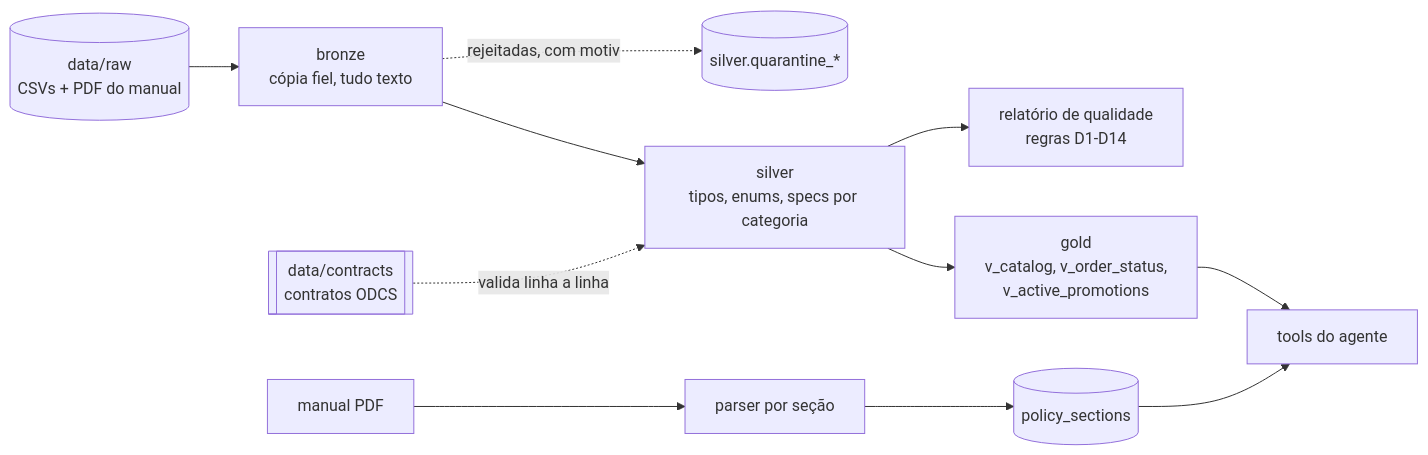
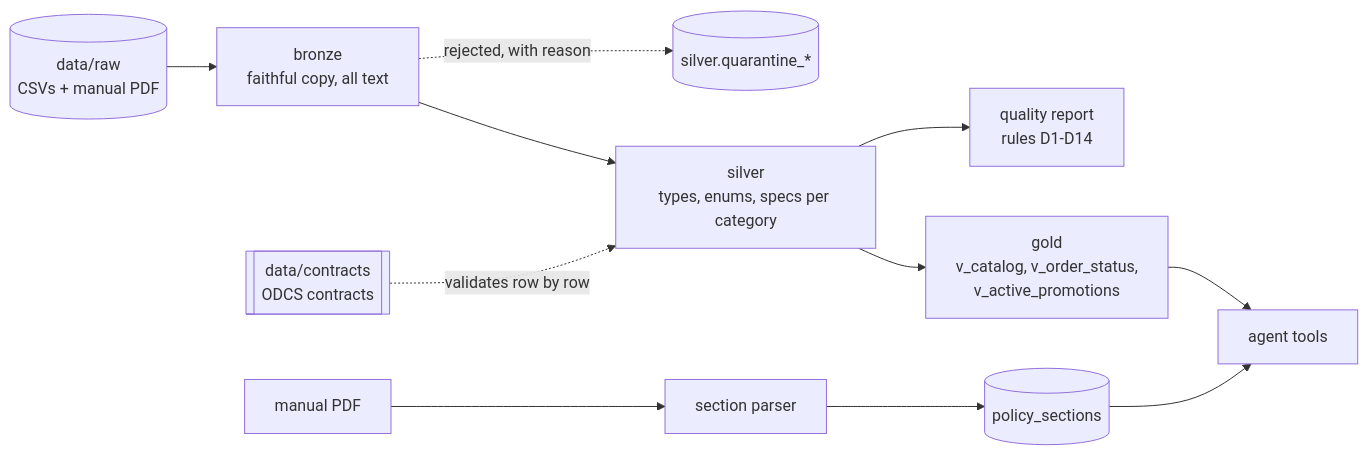
Before and after one commit to SamuelMauli/music-store-agent: the third of 3 diagrams in README.md, drawn with Mermaid. The commit also changed other lines of this file, not shown here.

````diff
--- a/README.md
+++ b/README.md
@@ -219,12 +221,12 @@
 ```mermaid
 flowchart LR
-    RAW[(data/raw<br/>CSVs + PDF do manual)] --> B[bronze<br/>cópia fiel, tudo texto]
-    B --> S[silver<br/>tipos, enums, specs por categoria]
-    B -.rejeitadas, com motivo.-> Q[(silver.quarantine_*)]
-    C[[data/contracts<br/>contratos ODCS]] -.valida linha a linha.-> S
+    RAW[(data/raw<br/>CSVs + manual PDF)] --> B[bronze<br/>faithful copy, all text]
+    B --> S[silver<br/>types, enums, specs per category]
+    B -.rejected, with reason.-> Q[(silver.quarantine_*)]
+    C[[data/contracts<br/>ODCS contracts]] -.validates row by row.-> S
     S --> G[gold<br/>v_catalog, v_order_status,<br/>v_active_promotions]
-    S --> QR[relatório de qualidade<br/>regras D1-D14]
-    PDF[manual PDF] --> PP[parser por seção] --> PS[(policy_sections)]
-    G --> AG[tools do agente]
+    S --> QR[quality report<br/>rules D1-D14]
+    PDF[manual PDF] --> PP[section parser] --> PS[(policy_sections)]
+    G --> AG[agent tools]
     PS --> AG
 ```
````
